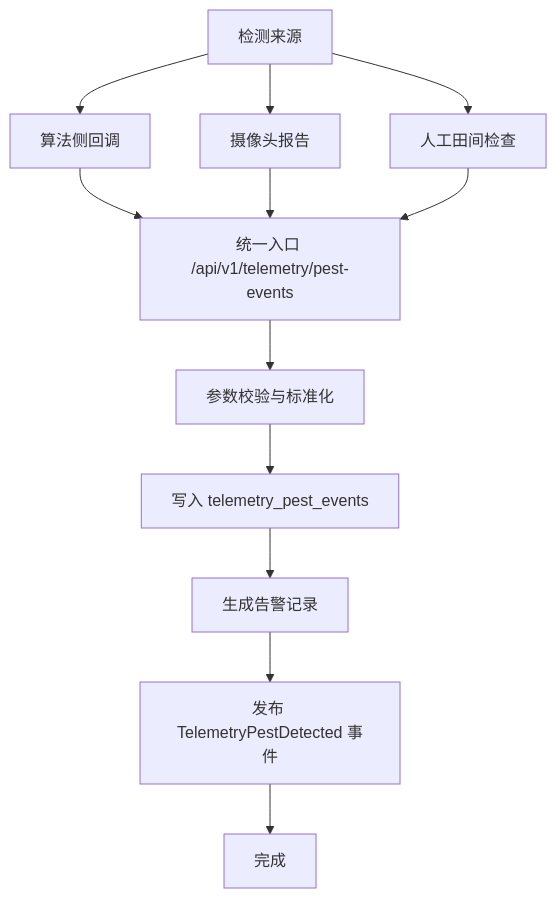
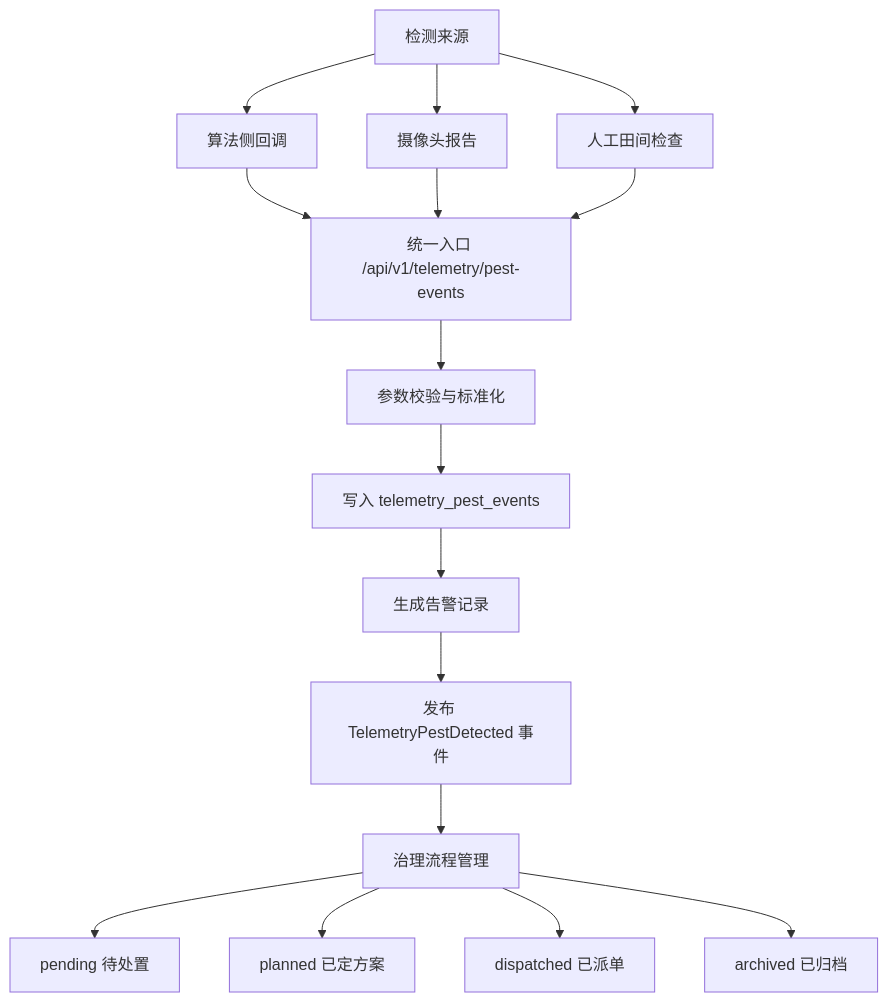
Before and after one commit to q446328246/agri-platform: the fifth of 13 diagrams in .qoder/repowiki/zh/content/核心服务文档/遥测数据服务.md, drawn with Mermaid. The commit also changed other lines of this file and 52 other files, not shown here.

````diff
--- a/.qoder/repowiki/zh/content/核心服务文档/遥测数据服务.md
+++ b/.qoder/repowiki/zh/content/核心服务文档/遥测数据服务.md
@@ -236,14 +285,18 @@
 ```mermaid
 flowchart TD
 Source["检测来源"] --> Algorithm["算法侧回调"]
 Source --> Camera["摄像头报告"]
 Source --> Manual["人工田间检查"]
 Algorithm --> Unified["统一入口 /api/v1/telemetry/pest-events"]
 Camera --> Unified
 Manual --> Unified
 Unified --> Validate["参数校验与标准化"]
 Validate --> Create["写入 telemetry_pest_events"]
 Create --> Alert["生成告警记录"]
 Alert --> Event["发布 TelemetryPestDetected 事件"]
-Event --> End["完成"]
+Event --> Governance["治理流程管理"]
+Governance --> Pending["pending 待处置"]
+Governance --> Planned["planned 已定方案"]
+Governance --> Dispatched["dispatched 已派单"]
+Governance --> Archived["archived 已归档"]
 ```
````
